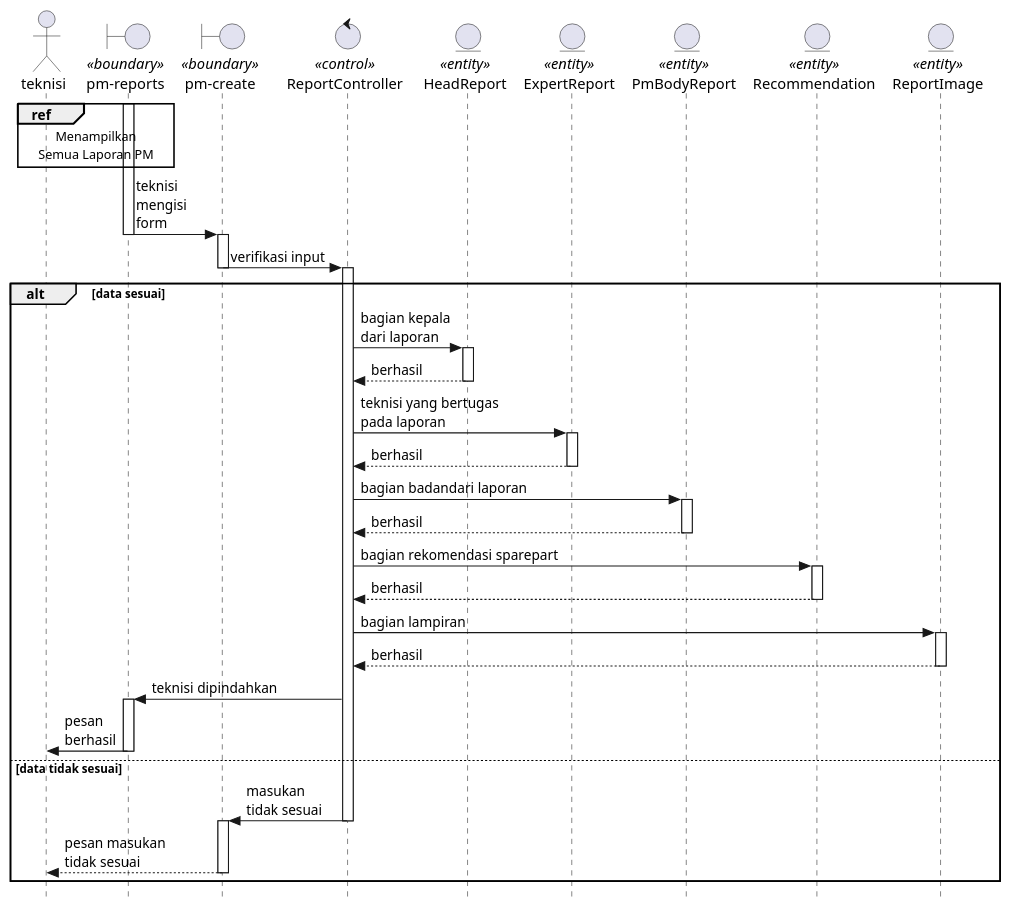
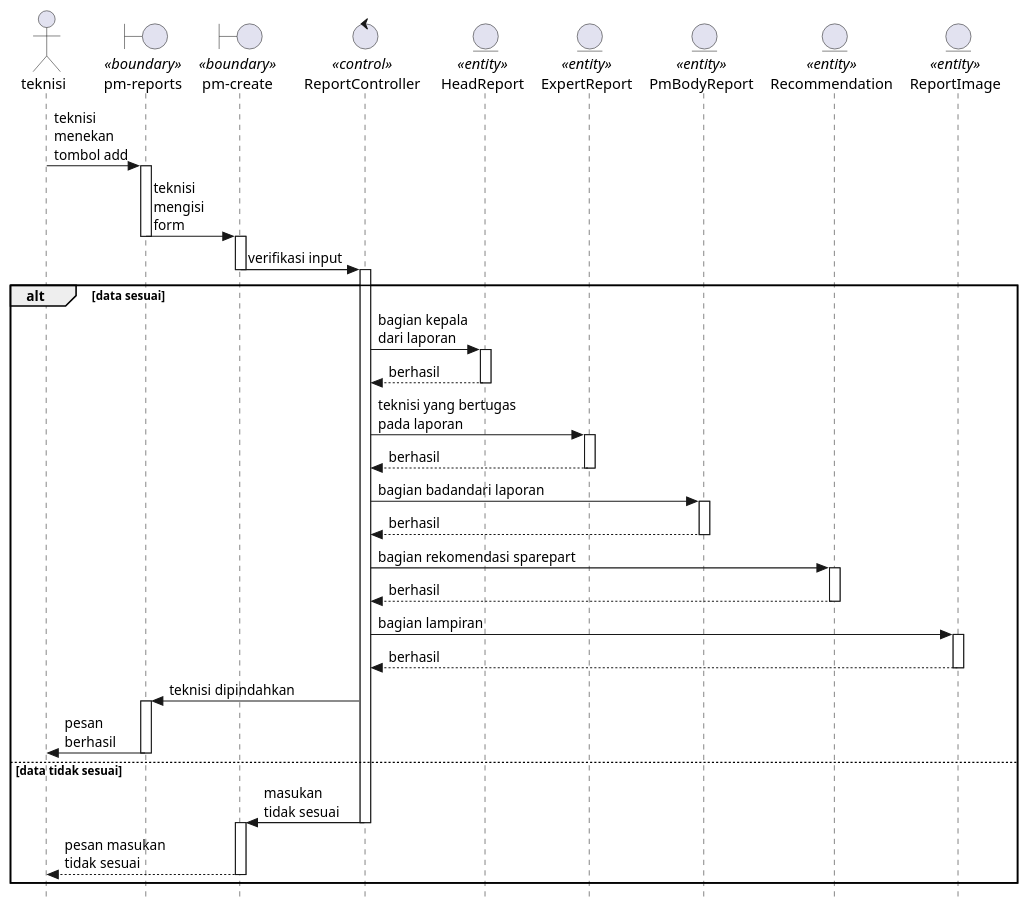
Before and after one commit to KPL-slur/eec-sifse-fixed: the first of 4 diagrams in Docs/diagrams/sequence/PmReport.plantuml, drawn with PlantUML. The commit also changed other lines of this file and 19 other files, not shown here.

```diff
--- a/Docs/diagrams/sequence/PmReport.plantuml
+++ b/Docs/diagrams/sequence/PmReport.plantuml
@@ -1,55 +1,54 @@
 @startuml createPM
 
 skinparam style strictuml
 
 actor teknisi
 boundary "pm-reports" as pm <<boundary>>
 boundary "pm-create" as pmCreate <<boundary>>
 control ReportController <<control>>
 entity HeadReport <<entity>>
 entity ExpertReport <<entity>>
 entity PmBodyReport <<entity>>
 entity Recommendation <<entity>>
 entity ReportImage <<entity>>
 
-ref over teknisi, pm : Menampilkan\nSemua Laporan PM
-
-activate pm
+teknisi -> pm : teknisi\nmenekan\ntombol add 
+    activate pm
 pm -> pmCreate : teknisi\nmengisi\nform
     deactivate pm
     activate pmCreate
 pmCreate -> ReportController : verifikasi input
     deactivate pmCreate
     activate ReportController
 
 alt data sesuai
     ReportController -> HeadReport : bagian kepala\ndari laporan
         activate HeadReport
         return berhasil
     ReportController -> ExpertReport : teknisi yang bertugas\npada laporan
         activate ExpertReport
         return berhasil
     ReportController -> PmBodyReport : bagian badandari laporan
         activate PmBodyReport
         return berhasil
     ReportController -> Recommendation : bagian rekomendasi sparepart
         activate Recommendation
         return berhasil
     ReportController -> ReportImage : bagian lampiran
         activate ReportImage
         return berhasil
     ReportController -> pm : teknisi dipindahkan
         activate pm
     pm -> teknisi : pesan\nberhasil
         deactivate pm
     
 else data tidak sesuai
     ReportController -> pmCreate : masukan\ntidak sesuai
         deactivate ReportController
         activate pmCreate
     pmCreate --> teknisi : pesan masukan\ntidak sesuai
         deactivate pmCreate
 
 end
 
 @enduml
```
